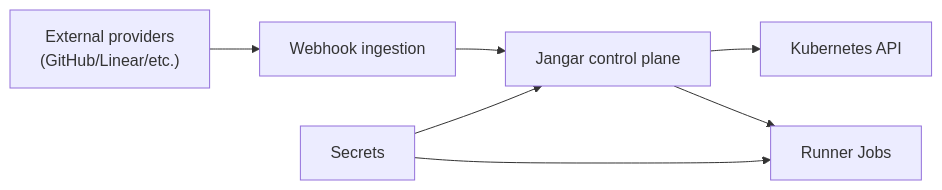
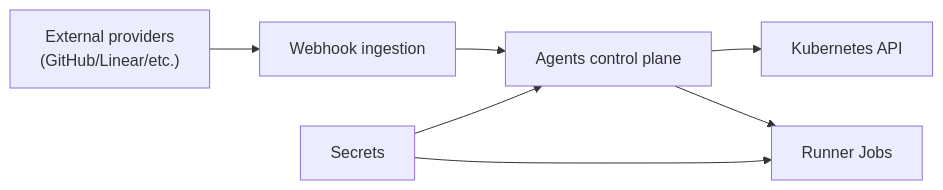
The diagram in docs/agents/threat-model.md (proompteng/lab), drawn with Mermaid before and after one commit. The commit also changed 68 other files, not shown here.

````diff
--- a/docs/agents/threat-model.md
+++ b/docs/agents/threat-model.md
@@ -61,9 +61,9 @@
 ```mermaid
 flowchart LR
   Ext["External providers<br/>(GitHub/Linear/etc.)"] --> Webhook["Webhook ingestion"]
-  Webhook --> CP["Jangar control plane"]
+  Webhook --> CP["Agents control plane"]
   CP --> Kube["Kubernetes API"]
   CP --> Runs["Runner Jobs"]
   Secrets["Secrets"] --> CP
   Secrets --> Runs
 ```
````
